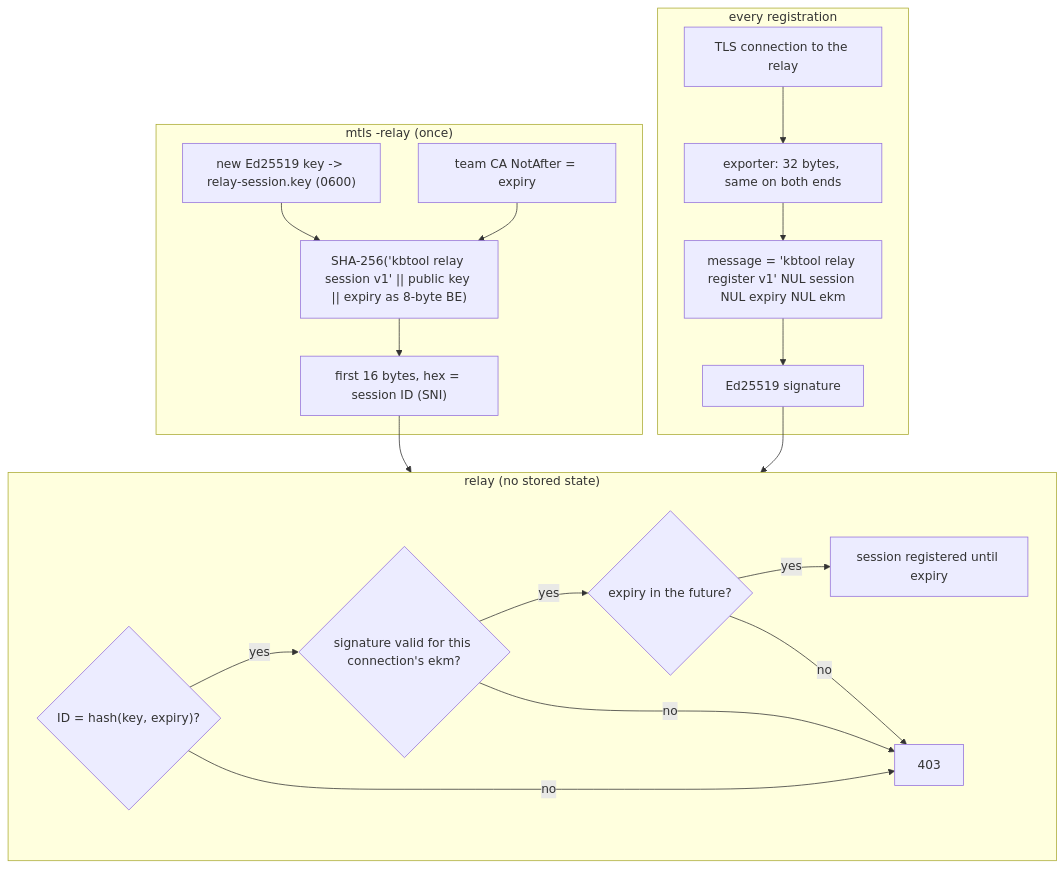
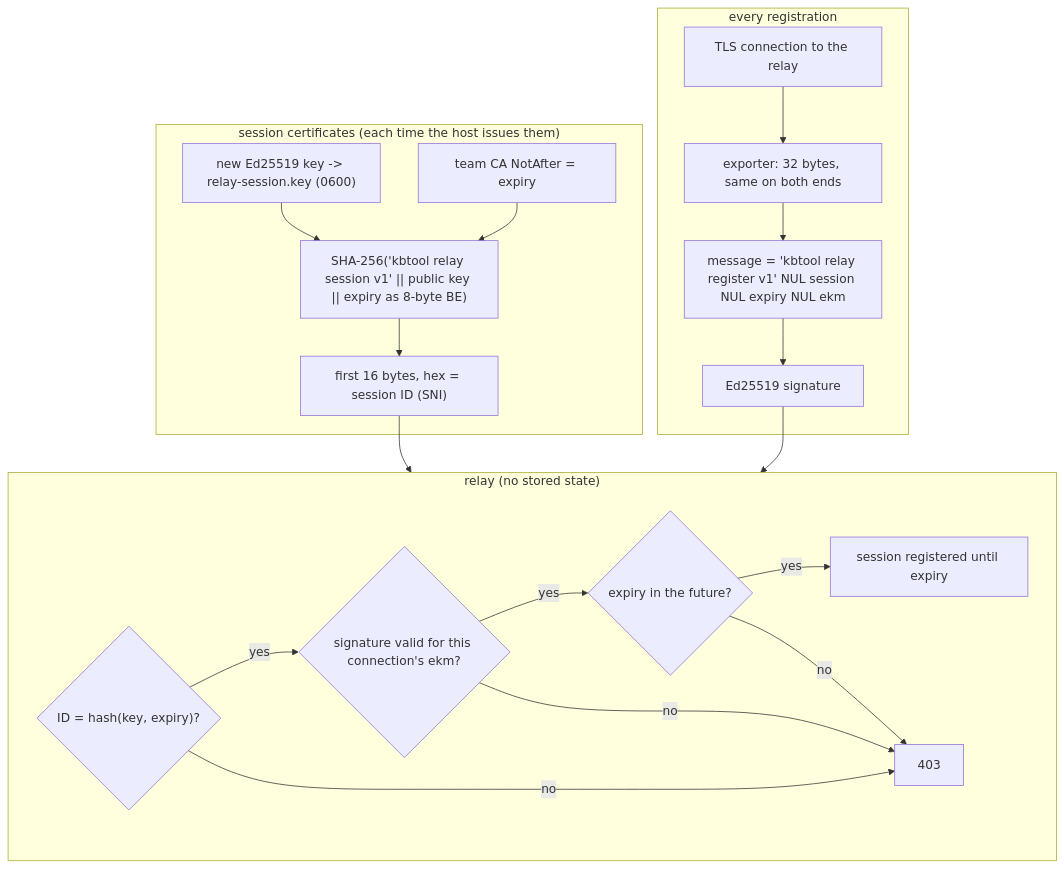
Before and after one commit to samrocketman/go-kbtool: diagram 19 of 24 in docs/cryptography.md, drawn with Mermaid. The commit also changed other lines of this file and 64 other files, not shown here.

````diff
--- a/docs/cryptography.md
+++ b/docs/cryptography.md
@@ -530,25 +684,25 @@
 ```mermaid
 flowchart TB
-  subgraph setup["mtls -relay (once)"]
+  subgraph setup["session certificates (each time the host issues them)"]
     K["new Ed25519 key -> relay-session.key (0600)"]
     E["team CA NotAfter = expiry"]
     K --> H["SHA-256('kbtool relay session v1' || public key || expiry as 8-byte BE)"]
     E --> H
     H --> ID["first 16 bytes, hex = session ID (SNI)"]
   end
   subgraph reg["every registration"]
     T["TLS connection to the relay"] --> X["exporter: 32 bytes, same on both ends"]
     X --> M["message = 'kbtool relay register v1' NUL session NUL expiry NUL ekm"]
     M --> S["Ed25519 signature"]
   end
   subgraph check["relay (no stored state)"]
     C1{"ID = hash(key, expiry)?"} -->|"yes"| C2{"signature valid for this connection's ekm?"}
     C2 -->|"yes"| C3{"expiry in the future?"}
     C3 -->|"yes"| OK["session registered until expiry"]
     C1 -->|"no"| NO["403"]
     C2 -->|"no"| NO
     C3 -->|"no"| NO
   end
   ID --> check
   S --> check
 ```
````
